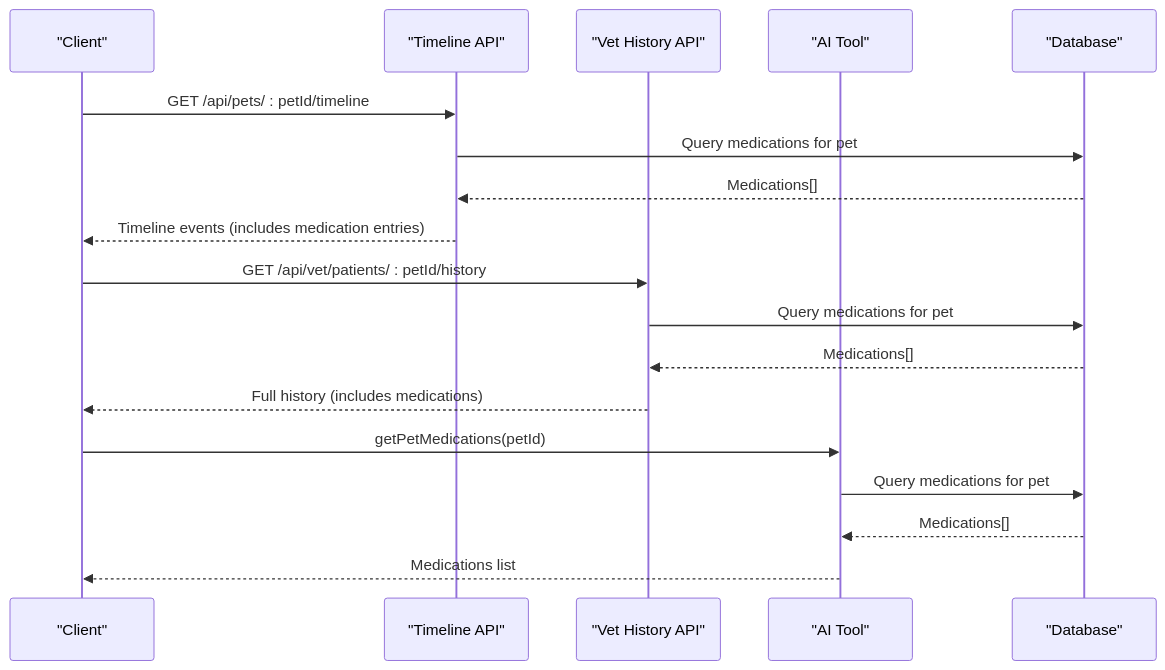
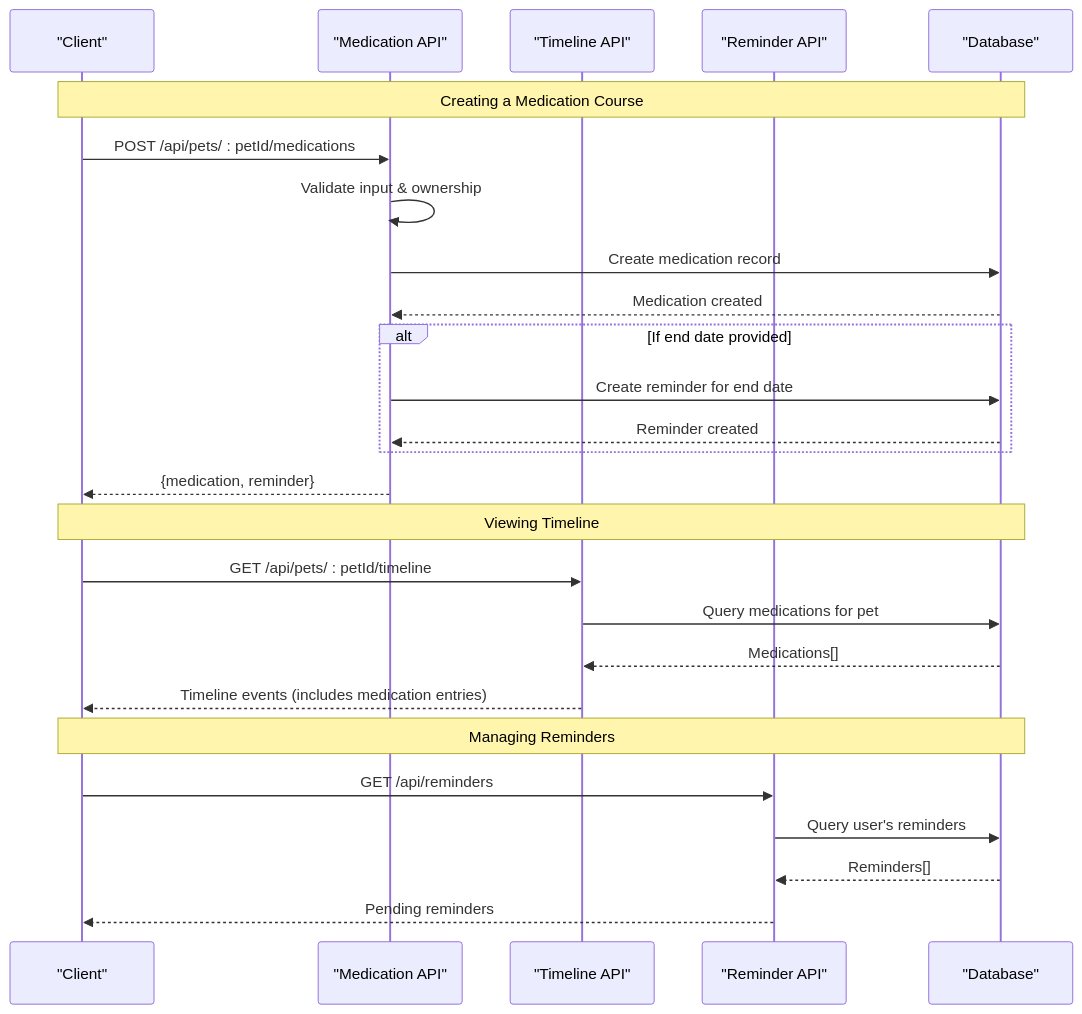
The second of 7 diagrams in .qoder/repowiki/en/content/Pet Health Management/Medication Management.md (Javeria-Javaid/ai-powered-pet-healthcare-ecosystem), drawn with Mermaid before and after one commit. The commit also changed other lines of this file and 45 other files, not shown here.

````diff
--- a/.qoder/repowiki/en/content/Pet Health Management/Medication Management.md
+++ b/.qoder/repowiki/en/content/Pet Health Management/Medication Management.md
@@ -80,20 +109,28 @@
 ```mermaid
 sequenceDiagram
 participant Client as "Client"
+participant MedAPI as "Medication API"
 participant Timeline as "Timeline API"
-participant VetHist as "Vet History API"
-participant AI as "AI Tool"
+participant RemindAPI as "Reminder API"
 participant DB as "Database"
+Note over Client,DB : Creating a Medication Course
+Client->>MedAPI : POST /api/pets/ : petId/medications
+MedAPI->>MedAPI : Validate input & ownership
+MedAPI->>DB : Create medication record
+DB-->>MedAPI : Medication created
+alt If end date provided
+MedAPI->>DB : Create reminder for end date
+DB-->>MedAPI : Reminder created
+end
+MedAPI-->>Client : {medication, reminder}
+Note over Client,DB : Viewing Timeline
 Client->>Timeline : GET /api/pets/ : petId/timeline
 Timeline->>DB : Query medications for pet
 DB-->>Timeline : Medications[]
 Timeline-->>Client : Timeline events (includes medication entries)
-Client->>VetHist : GET /api/vet/patients/ : petId/history
-VetHist->>DB : Query medications for pet
-DB-->>VetHist : Medications[]
-VetHist-->>Client : Full history (includes medications)
-Client->>AI : getPetMedications(petId)
-AI->>DB : Query medications for pet
-DB-->>AI : Medications[]
-AI-->>Client : Medications list
+Note over Client,DB : Managing Reminders
+Client->>RemindAPI : GET /api/reminders
+RemindAPI->>DB : Query user's reminders
+DB-->>RemindAPI : Reminders[]
+RemindAPI-->>Client : Pending reminders
 ```
````
